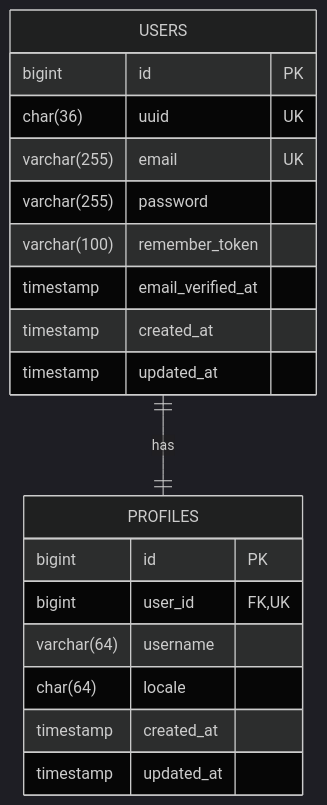
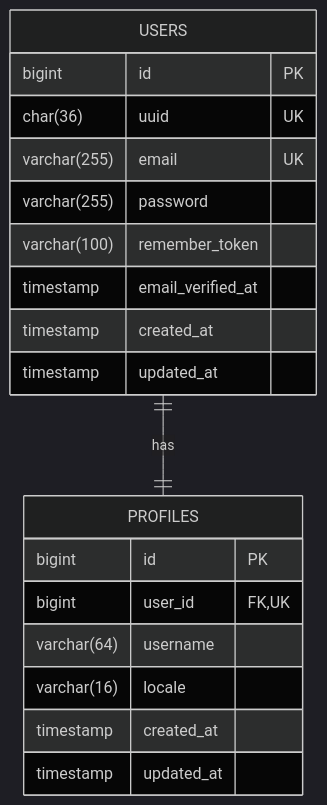
The diagram in docs/entity-relationship/database.md (fsa-ara/shelfly), drawn with Mermaid (dark theme) before and after one commit. The commit also changed 1 other file, not shown here.

Commit message:
refactor(profile): change locale column length and update documentation

````diff
--- a/docs/entity-relationship/database.md
+++ b/docs/entity-relationship/database.md
@@ -3,25 +3,25 @@
 ```mermaid
 erDiagram
 
     USERS ||--|| PROFILES : has
 
     USERS {
         bigint id PK
         char(36) uuid UK
         varchar(255) email UK
         varchar(255) password
         varchar(100) remember_token
         timestamp email_verified_at
         timestamp created_at
         timestamp updated_at
     }
 
     PROFILES {
         bigint id PK
         bigint user_id FK, UK
         varchar(64) username
-        char(64) locale
+        varchar(16) locale
         timestamp created_at
         timestamp updated_at
     }
 ```
````
